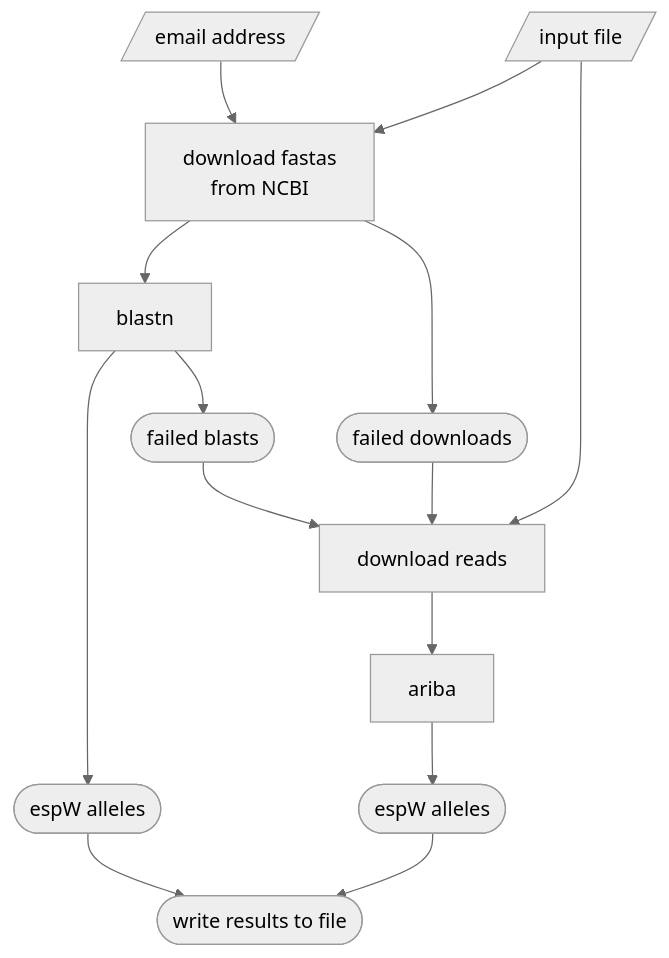
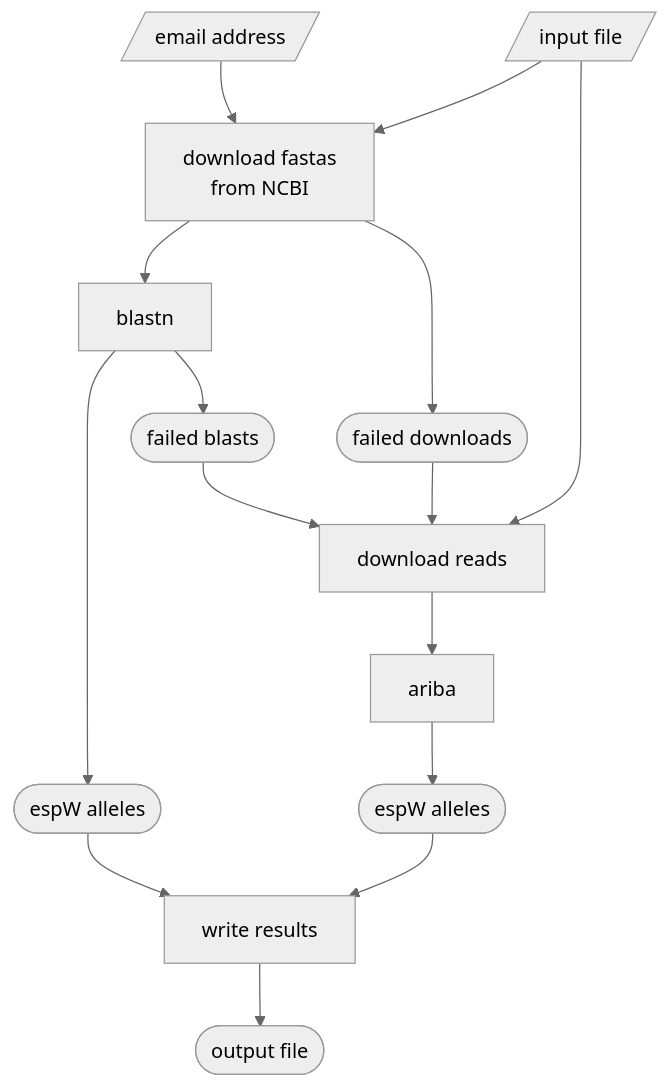
One commit to ncezid-biome/espwAlleleCaller changed the diagram in README.md. Above: the diagram before and after it, drawn with Mermaid (neutral theme).

Commit message:
updated workflow diagram

````diff
--- a/README.md
+++ b/README.md
@@ -18,29 +18,31 @@
 ```mermaid
 flowchart TB
     email[/"email address"/]
     input[/"input file"/]
     download_fna["download fastas
     from NCBI"]
     failed_download(["failed downloads"])
     blast["blastn"]
     blast_alleles(["espW alleles"])
     failed_blasts(["failed blasts"])
     download_srr["download reads"]
     ariba["ariba"]
     ariba_alleles(["espW alleles"])
-    write(["write results to file"])
+    write["write results"]
+    out(["output file"])
 
     email --> download_fna
     input --> download_fna
     download_fna --> blast
     download_fna --> failed_download
     blast --> blast_alleles
     blast --> failed_blasts
     input --> download_srr
     failed_download --> download_srr
     failed_blasts --> download_srr
     download_srr --> ariba
     ariba --> ariba_alleles
     blast_alleles --> write
     ariba_alleles --> write
+    write --> out
 ```
````
